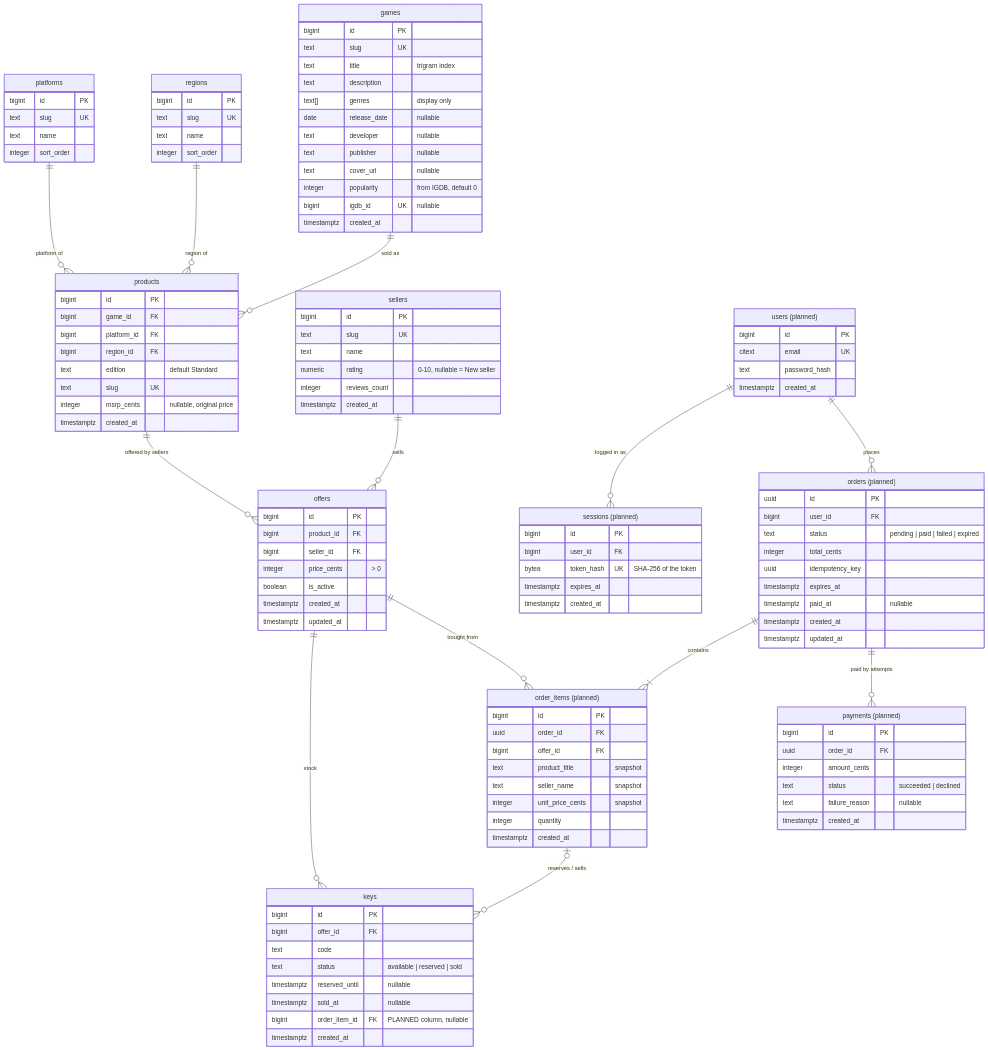
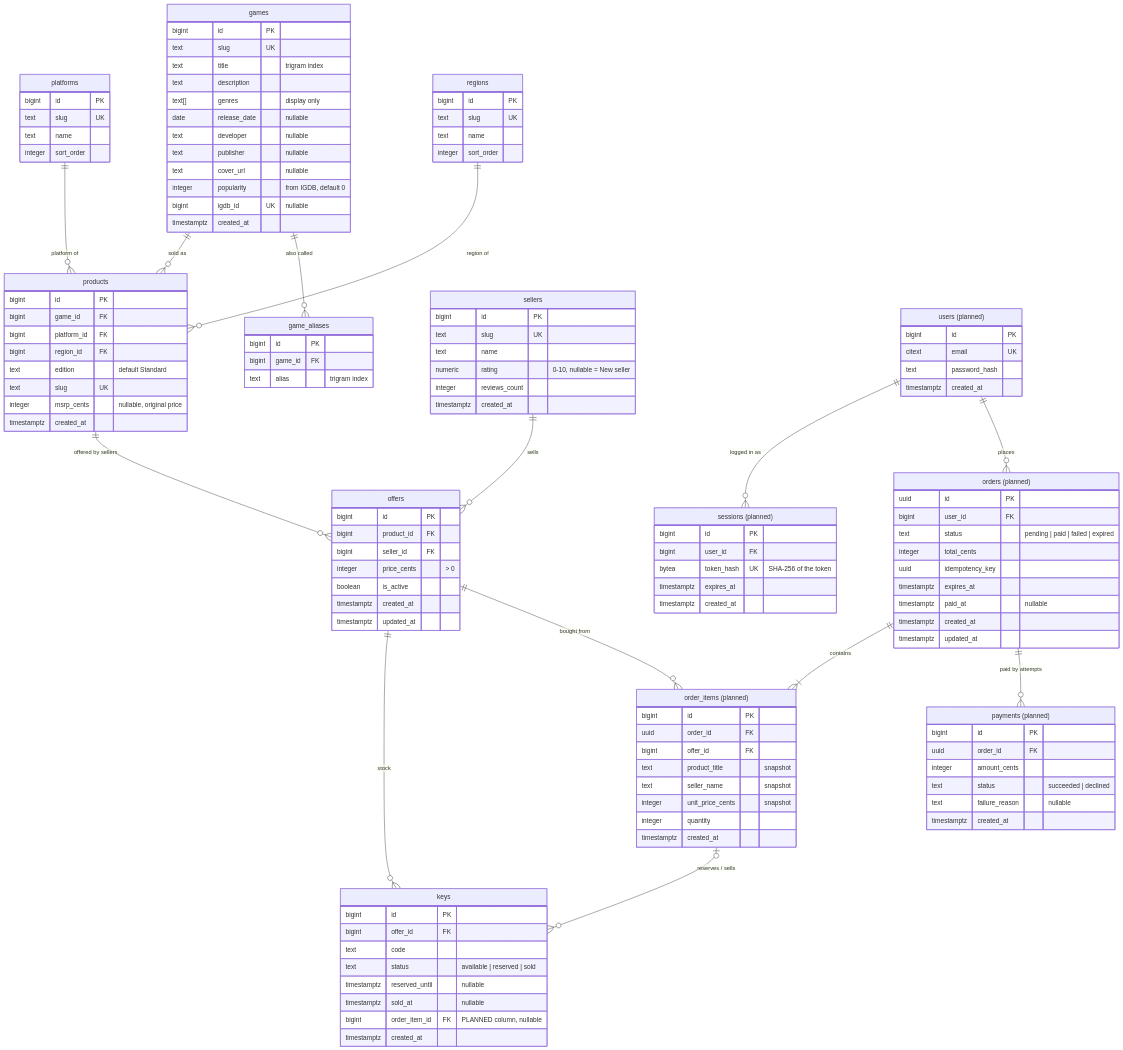
The first of 3 diagrams in docs/DATA_MODEL.md (dovydas472/ENEBA-homework), drawn with Mermaid before and after one commit. The commit also changed other lines of this file and 2 other files, not shown here.

Commit message:
Task 13a: docs - DATA_MODEL (game_aliases, search sketch), README (q, suggest, checksum), LT explanations

```diff
--- a/docs/DATA_MODEL.md
+++ b/docs/DATA_MODEL.md
@@ -52,6 +53,11 @@
         integer popularity "from IGDB, default 0"
         bigint igdb_id UK "nullable"
         timestamptz created_at
+    }
+    game_aliases {
+        bigint id PK
+        bigint game_id FK
+        text alias "trigram index"
     }
     products {
         bigint id PK
@@ -136,6 +142,7 @@
     platforms ||--o{ products : "platform of"
     regions   ||--o{ products : "region of"
     games     ||--o{ products : "sold as"
+    games     ||--o{ game_aliases : "also called"
     products  ||--o{ offers   : "offered by sellers"
     sellers   ||--o{ offers   : "sells"
     offers    ||--o{ keys     : "stock"
```
